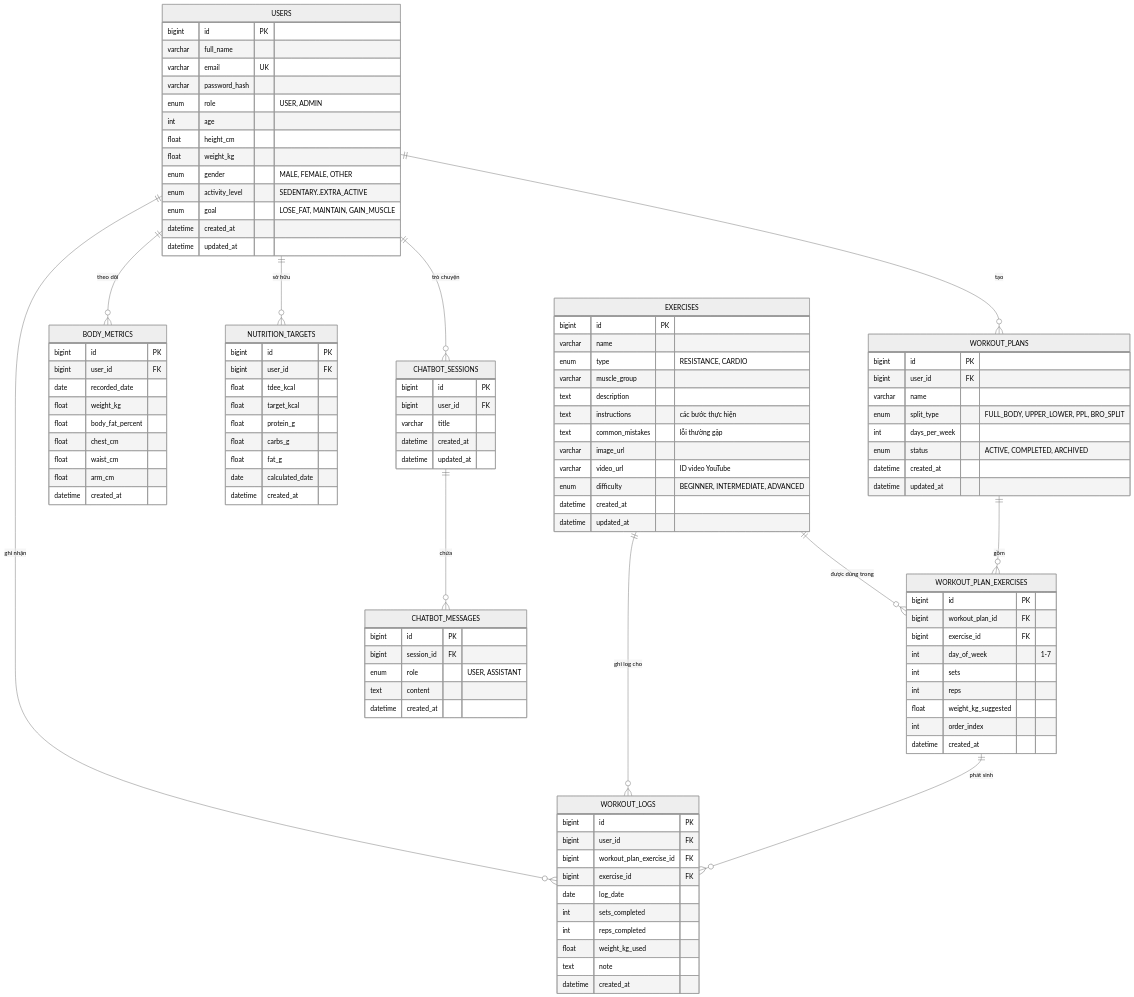
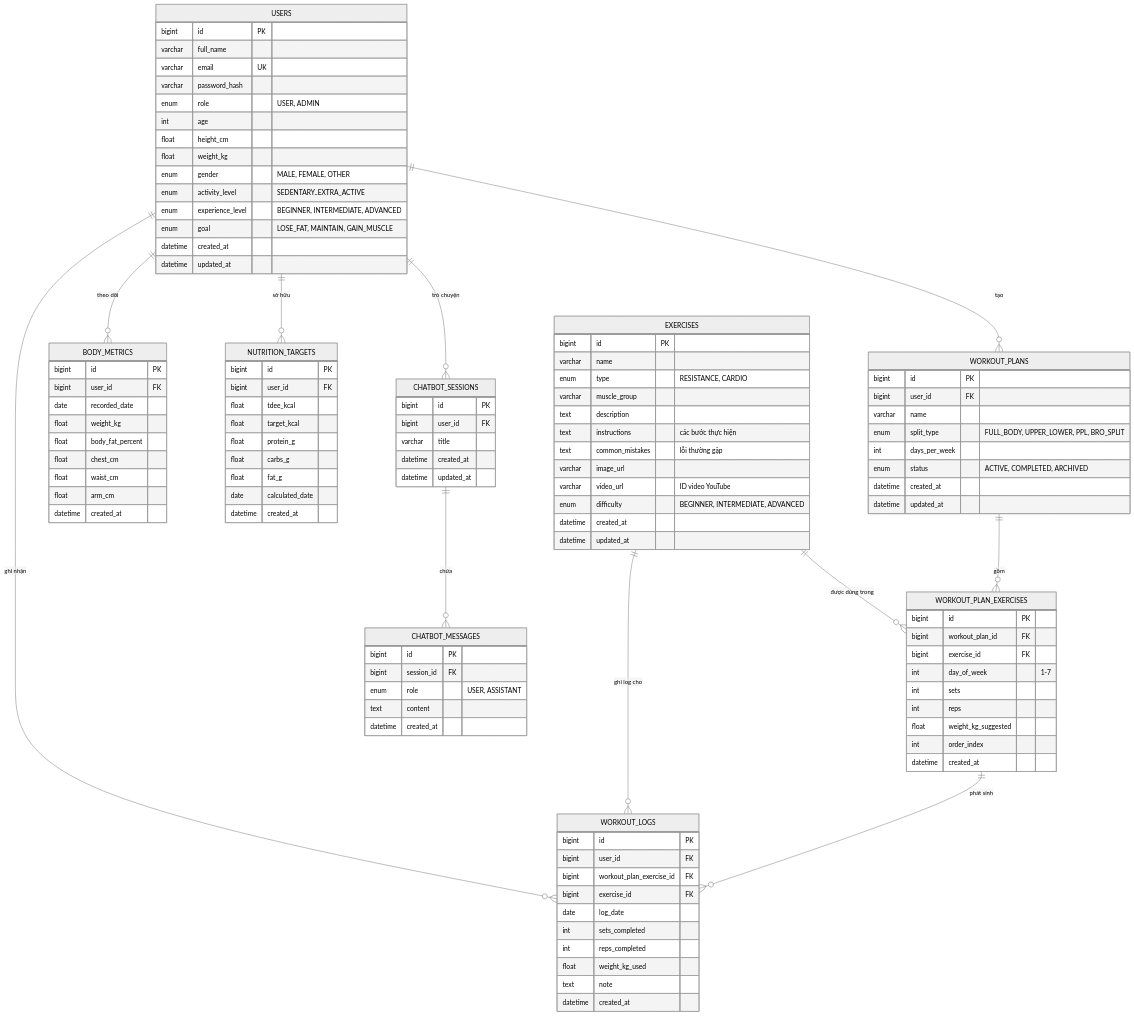
Before and after one commit to nguyenvthanh1646-commits/gymsmart: the diagram in docs/ERD.md, drawn with Mermaid (neutral theme). The commit also changed other lines of this file and 2 other files, not shown here.

Commit message:
feat(profile): thêm trình độ tập luyện (experience_level)

```diff
--- a/docs/ERD.md
+++ b/docs/ERD.md
@@ -37,6 +37,7 @@
         float weight_kg
         enum gender "MALE, FEMALE, OTHER"
         enum activity_level "SEDENTARY..EXTRA_ACTIVE"
+        enum experience_level "BEGINNER, INTERMEDIATE, ADVANCED"
         enum goal "LOSE_FAT, MAINTAIN, GAIN_MUSCLE"
         datetime created_at
         datetime updated_at
```
